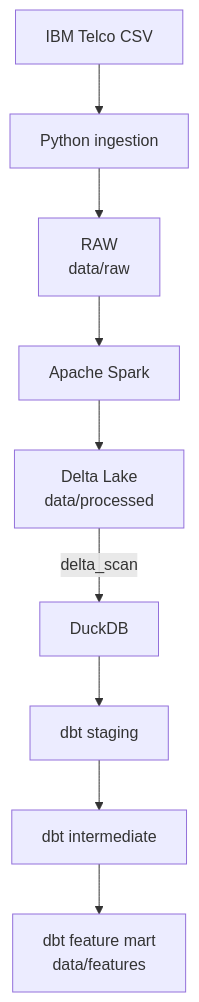
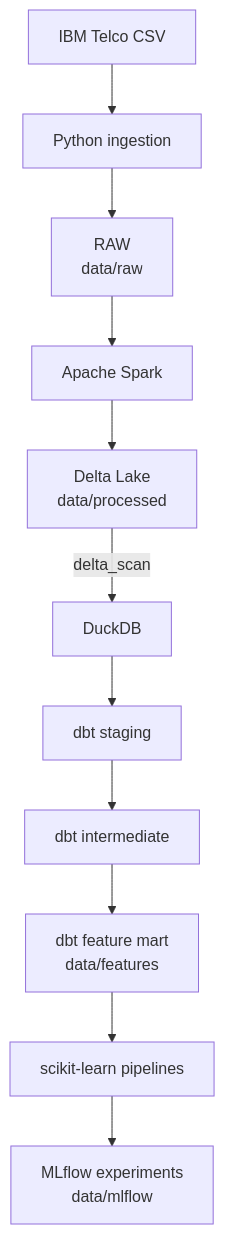
Before and after one commit to CerenDc/mlops-customer-churn-platform: the diagram in README.md, drawn with Mermaid. The commit also changed other lines of this file and 17 other files, not shown here.

````diff
--- a/README.md
+++ b/README.md
@@ -25,11 +25,13 @@
 ```mermaid
 flowchart TD
     A[IBM Telco CSV] --> B[Python ingestion]
     B --> C[RAW<br/>data/raw]
     C --> D[Apache Spark]
     D --> E[Delta Lake<br/>data/processed]
     E -->|delta_scan| F[DuckDB]
     F --> G[dbt staging]
     G --> H[dbt intermediate]
     H --> I[dbt feature mart<br/>data/features]
+    I --> J[scikit-learn pipelines]
+    J --> K[MLflow experiments<br/>data/mlflow]
 ```
````
